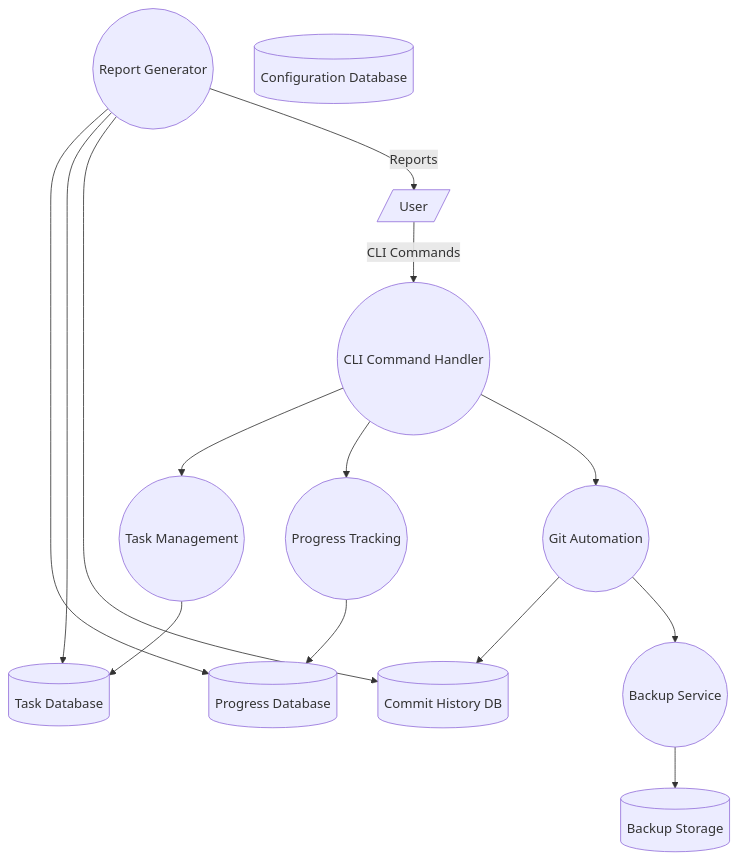
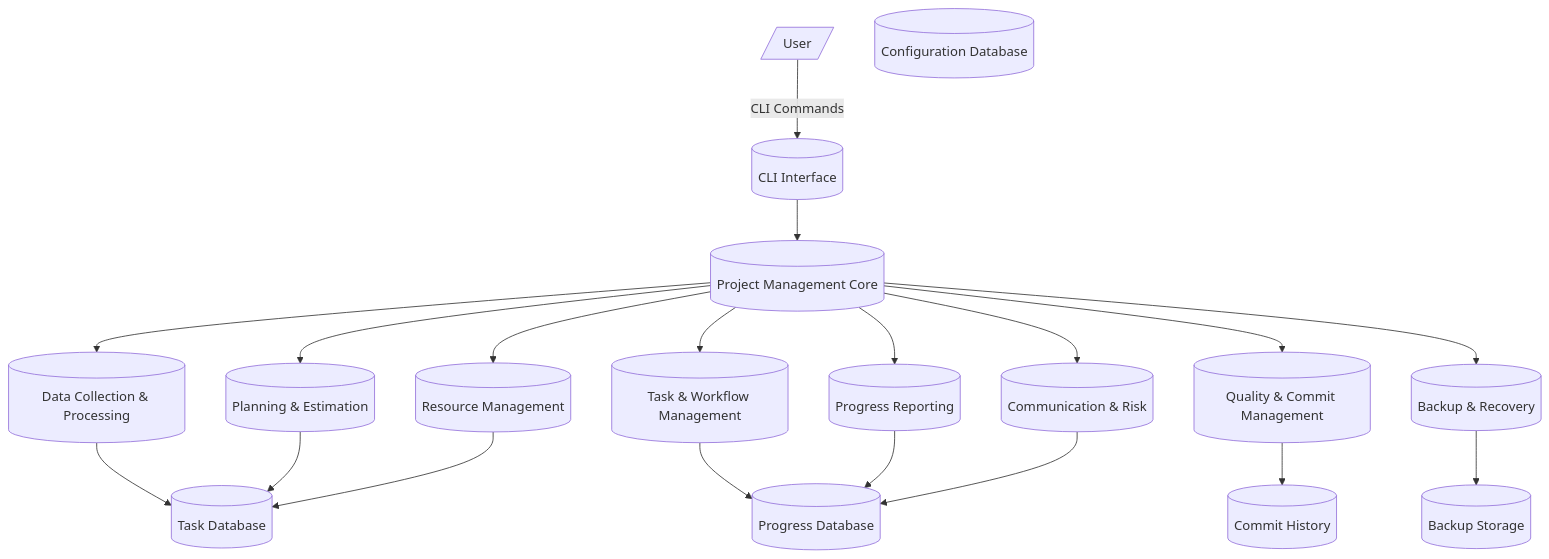
One commit to Shakour-Data/AutoProjectManagement changed the second of 7 diagrams in Docs/entire_project/DFD_Diagrams.md. Above: the diagram before and after it, drawn with Mermaid. The commit also changed other lines of this file, not shown here.

````diff
--- a/Docs/entire_project/DFD_Diagrams.md
+++ b/Docs/entire_project/DFD_Diagrams.md
@@ -28,37 +55,41 @@
 ```mermaid
 graph TD
     User[/"User"/]
     
-    %% Main Processes
-    CLI_Handler((CLI Command Handler))
-    Task_Manager((Task Management))
-    Progress_Tracker((Progress Tracking))
-    Git_Automation((Git Automation))
-    Report_Generator((Report Generator))
-    Backup_Service((Backup Service))
+    P1[("CLI Interface")]
+    P2[("Project Management Core")]
+    P3[("Data Collection & Processing")]
+    P4[("Planning & Estimation")]
+    P5[("Task & Workflow Management")]
+    P6[("Progress Reporting")]
+    P7[("Quality & Commit Management")]
+    P8[("Resource Management")]
+    P9[("Communication & Risk")]
+    P10[("Backup & Recovery")]
     
-    %% Databases
-    Task_DB[(Task Database)]
-    Progress_DB[(Progress Database)]
-    Config_DB[(Configuration Database)]
-    Commit_DB[(Commit History DB)]
-    Backup_Storage[(Backup Storage)]
+    DS1[(Task Database)]
+    DS2[(Progress Database)]
+    DS3[(Configuration Database)]
+    DS4[(Commit History)]
+    DS5[(Backup Storage)]
     
-    %% Data Flows
-    User -->|CLI Commands| CLI_Handler
-    CLI_Handler --> Task_Manager
-    CLI_Handler --> Progress_Tracker
-    CLI_Handler --> Git_Automation
+    User -->|CLI Commands| P1
+    P1 --> P2
+    P2 --> P3
+    P2 --> P4
+    P2 --> P5
+    P2 --> P6
+    P2 --> P7
+    P2 --> P8
+    P2 --> P9
+    P2 --> P10
     
-    Task_Manager --> Task_DB
-    Progress_Tracker --> Progress_DB
-    Git_Automation --> Commit_DB
-    Git_Automation --> Backup_Service
-    
-    Backup_Service --> Backup_Storage
-    Report_Generator --> Progress_DB
-    Report_Generator --> Task_DB
-    Report_Generator --> Commit_DB
-    
-    Report_Generator -->|Reports| User
+    P3 --> DS1
+    P4 --> DS1
+    P5 --> DS2
+    P6 --> DS2
+    P7 --> DS4
+    P8 --> DS1
+    P9 --> DS2
+    P10 --> DS5
 ```
````
